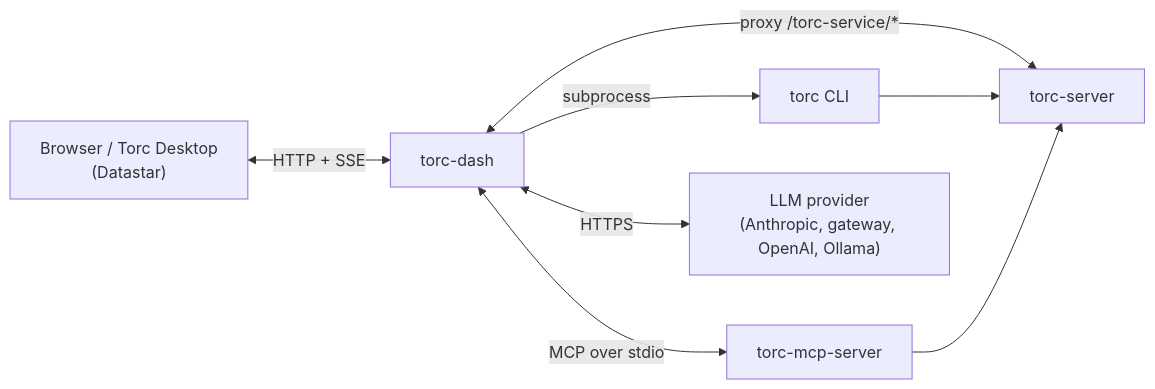
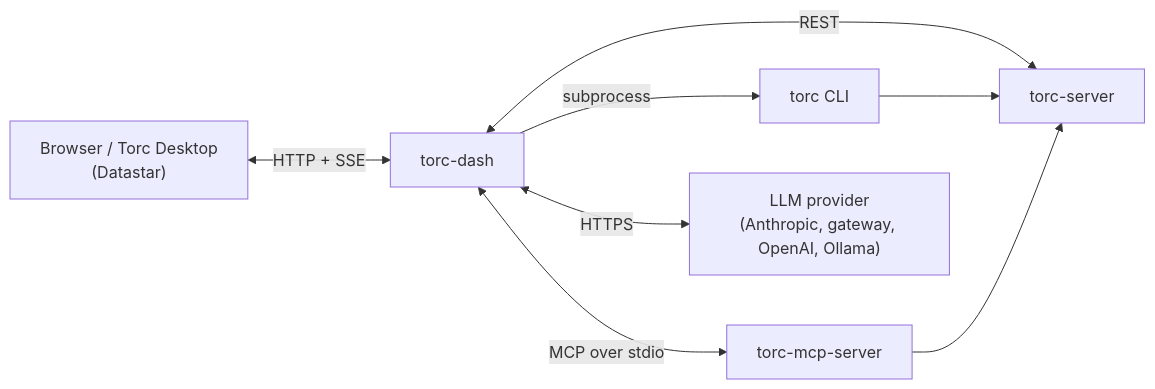
Before and after one commit to NatLabRockies/torc: the first of 2 diagrams in docs/src/specialized/design/dashboard.md, drawn with Mermaid. The commit also changed other lines of this file and 4 other files, not shown here.

First line of the commit message:
torc-dash: remove the /torc-service proxy

````diff
--- a/docs/src/specialized/design/dashboard.md
+++ b/docs/src/specialized/design/dashboard.md
@@ -24,10 +24,10 @@
 ```mermaid
 flowchart LR
     Browser["Browser / Torc Desktop<br/>(Datastar)"] <-->|HTTP + SSE| Dash["torc-dash"]
-    Dash <-->|"proxy /torc-service/*"| Server["torc-server"]
+    Dash <-->|REST| Server["torc-server"]
     Dash -->|subprocess| CLI["torc CLI"]
     Dash <-->|"MCP over stdio"| MCP["torc-mcp-server"]
     Dash <-->|HTTPS| LLM["LLM provider<br/>(Anthropic, gateway, OpenAI, Ollama)"]
     CLI --> Server
     MCP --> Server
 ```
````
